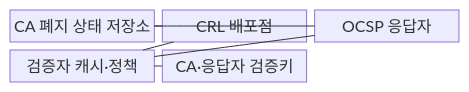
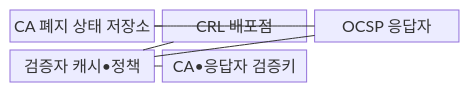
One commit to agnusdei1207/knowledge-base changed the first of 2 diagrams in src/content/docs/notes/05-security/010_crl_ocsp_certificate_revocation.md. Above: the diagram before and after it, drawn with Mermaid. The commit also changed other lines of this file and 953 other files, not shown here.

````diff
--- a/src/content/docs/notes/05-security/010_crl_ocsp_certificate_revocation.md
+++ b/src/content/docs/notes/05-security/010_crl_ocsp_certificate_revocation.md
@@ -68,14 +68,14 @@
 ```mermaid
 block-beta
     columns 3
     C["CA 폐지 상태 저장소"]
     L["CRL 배포점"]
     O["OCSP 응답자"]
-    V["검증자 캐시·정책"]
-    T["CA·응답자 검증키"]
+    V["검증자 캐시•정책"]
+    T["CA•응답자 검증키"]
     C --- L
     C --- O
     L --- V
     O --- V
     V --- T
 ```
````
